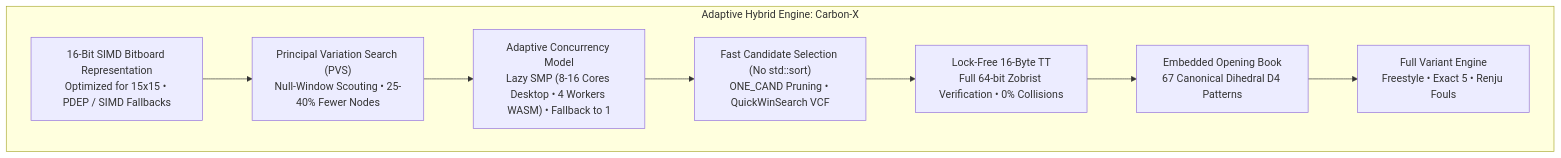
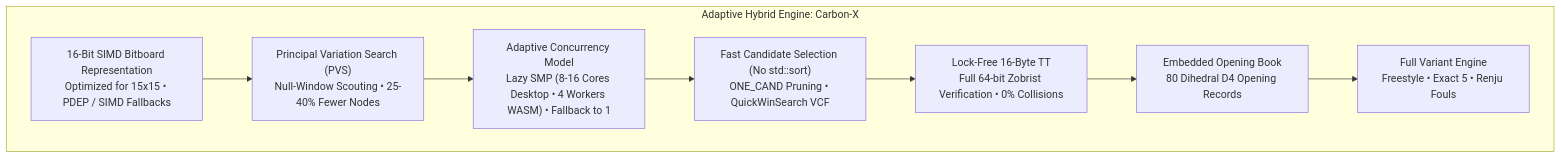
One commit to cjp-dev/Gomoku changed the third of 3 diagrams in docs/brain/appendix-a-engine-comparison-report.md. Above: the diagram before and after it, drawn with Mermaid. The commit also changed other lines of this file and 9 other files, not shown here.

````diff
--- a/docs/brain/appendix-a-engine-comparison-report.md
+++ b/docs/brain/appendix-a-engine-comparison-report.md
@@ -391,19 +391,19 @@
 ```mermaid
 graph TD
     subgraph Adaptive Hybrid Engine: Carbon-X
         B1["16-Bit SIMD Bitboard Representation<br/>Optimized for 15x15 • PDEP / SIMD Fallbacks"]
         B2["Principal Variation Search (PVS)<br/>Null-Window Scouting • 25-40% Fewer Nodes"]
         B3["Adaptive Concurrency Model<br/>Lazy SMP (8-16 Cores Desktop • 4 Workers WASM) • Fallback to 1"]
         B4["Fast Candidate Selection (No std::sort)<br/>ONE_CAND Pruning • QuickWinSearch VCF"]
         B5["Lock-Free 16-Byte TT<br/>Full 64-bit Zobrist Verification • 0% Collisions"]
-        B6["Embedded Opening Book<br/>67 Canonical Dihedral D4 Patterns"]
+        B6["Embedded Opening Book<br/>80 Dihedral D4 Opening Records"]
         B7["Full Variant Engine<br/>Freestyle • Exact 5 • Renju Fouls"]
     end
 
     B1 --> B2
     B2 --> B3
     B3 --> B4
     B4 --> B5
     B5 --> B6
     B6 --> B7
 ```
````
